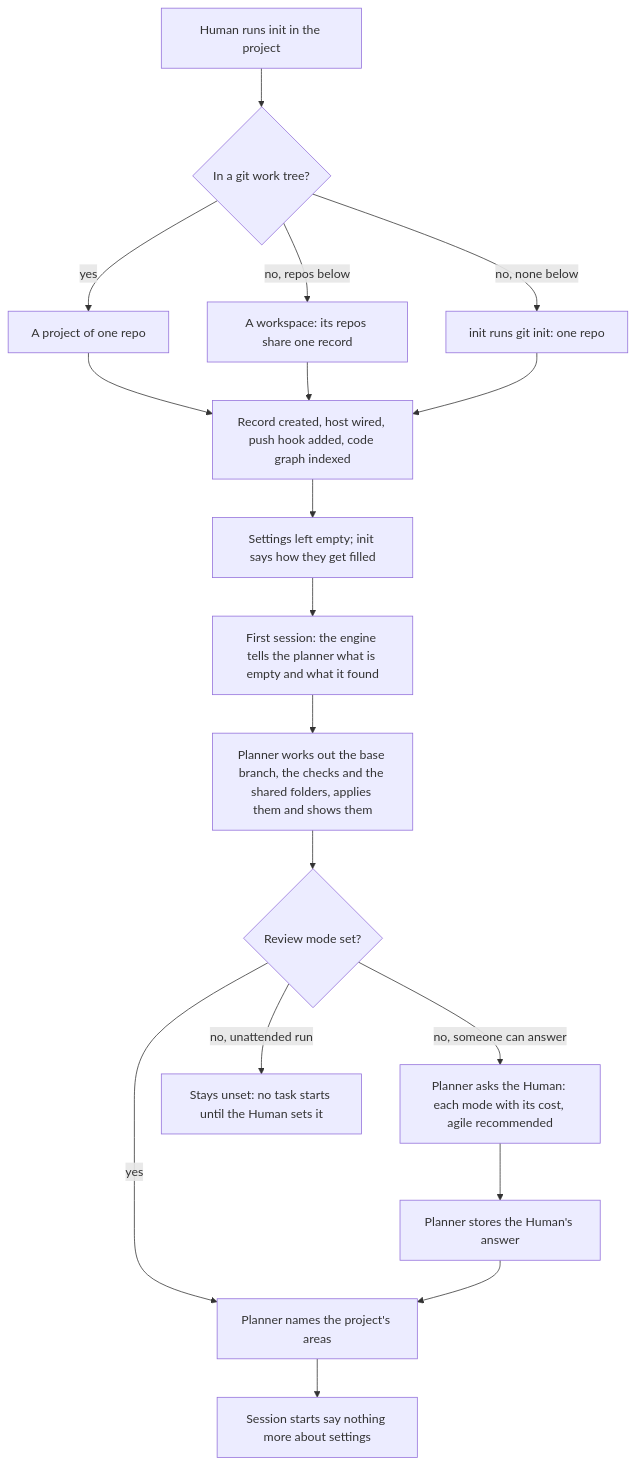
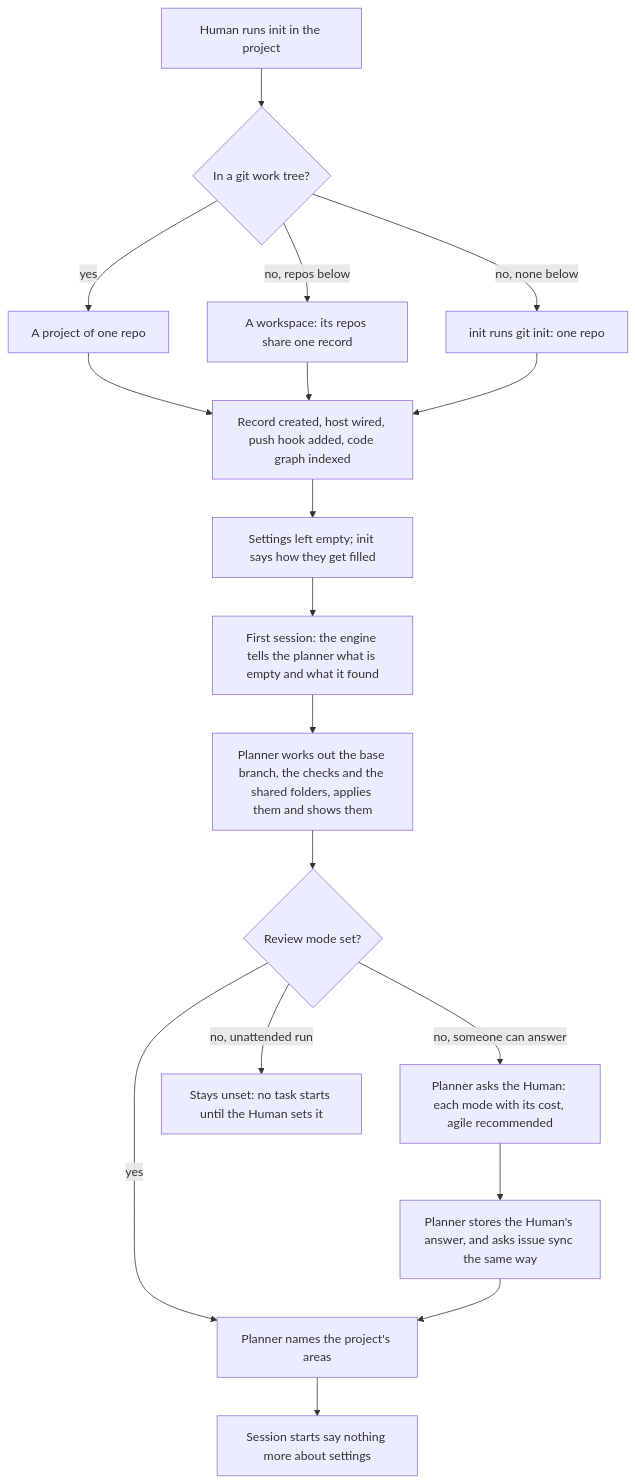
The first of 2 diagrams in docs/flows/2_ONBOARD.md (trustmybot/tmb), drawn with Mermaid before and after one commit. The commit also changed other lines of this file and 21 other files, not shown here.

````diff
--- a/docs/flows/2_ONBOARD.md
+++ b/docs/flows/2_ONBOARD.md
@@ -5,20 +5,20 @@
 ```mermaid
 flowchart TD
     A[Human runs init in the project] --> B{In a git work tree?}
     B -- yes --> P1[A project of one repo]
     B -- "no, repos below" --> P2[A workspace: its repos share one record]
     B -- "no, none below" --> P3[init runs git init: one repo]
     P1 --> C[Record created, host wired, push hook added, code graph indexed]
     P2 --> C
     P3 --> C
     C --> D[Settings left empty; init says how they get filled]
     D --> E[First session: the engine tells the planner what is empty and what it found]
     E --> F[Planner works out the base branch, the checks and the shared folders, applies them and shows them]
     F --> G{Review mode set?}
     G -- yes --> J
     G -- "no, someone can answer" --> H[Planner asks the Human: each mode with its cost, agile recommended]
-    H --> I[Planner stores the Human's answer]
+    H --> I[Planner stores the Human's answer, and asks issue sync the same way]
     I --> J[Planner names the project's areas]
     G -- "no, unattended run" --> X[Stays unset: no task starts until the Human sets it]
     J --> K[Session starts say nothing more about settings]
 ```
````
